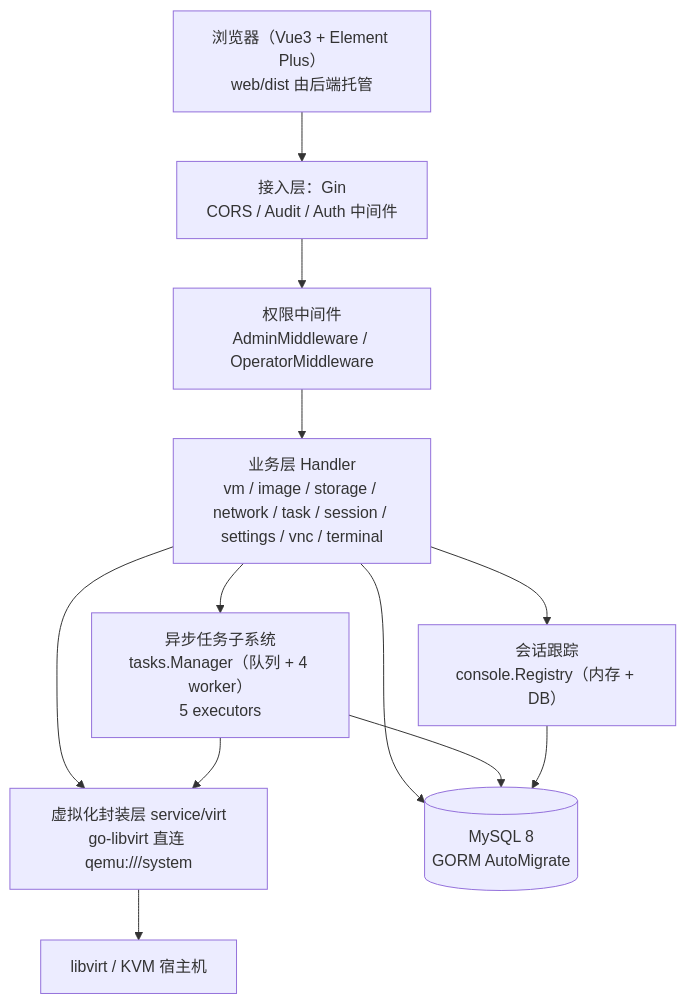
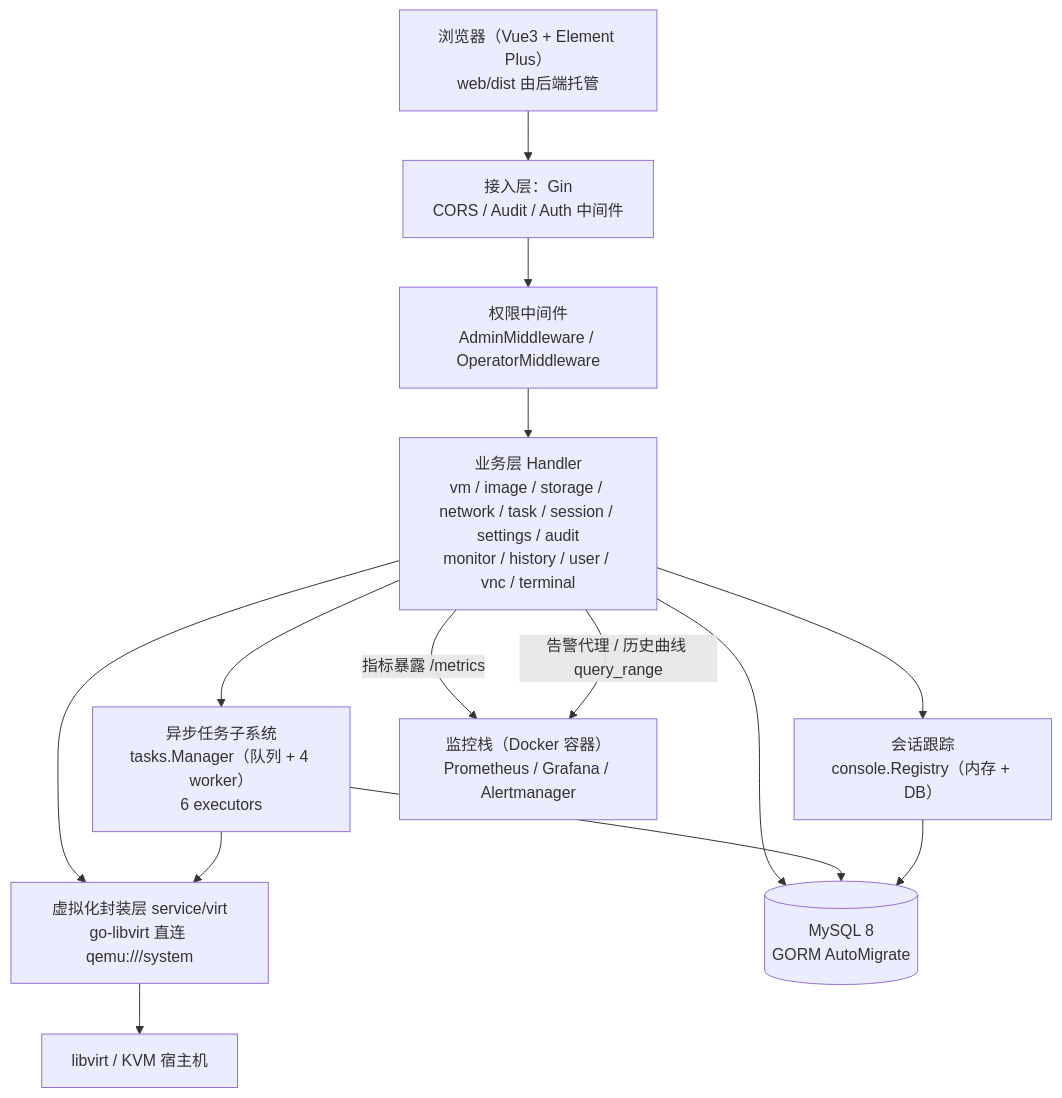
One commit to jiuzhao996/virtkite changed the first of 2 diagrams in docs/03-系统总体设计.md. Above: the diagram before and after it, drawn with Mermaid. The commit also changed other lines of this file and 7 other files, not shown here.

````diff
--- a/docs/03-系统总体设计.md
+++ b/docs/03-系统总体设计.md
@@ -20,22 +20,25 @@
 ```mermaid
 flowchart TB
     Browser["浏览器（Vue3 + Element Plus）<br/>web/dist 由后端托管"]
     Gin["接入层：Gin<br/>CORS / Audit / Auth 中间件"]
     RBAC["权限中间件<br/>AdminMiddleware / OperatorMiddleware"]
-    Handler["业务层 Handler<br/>vm / image / storage / network / task / session / settings / vnc / terminal"]
-    Tasks["异步任务子系统<br/>tasks.Manager（队列 + 4 worker）<br/>5 executors"]
+    Handler["业务层 Handler<br/>vm / image / storage / network / task / session / settings / audit<br/>monitor / history / user / vnc / terminal"]
+    Tasks["异步任务子系统<br/>tasks.Manager（队列 + 4 worker）<br/>6 executors"]
     SessReg["会话跟踪<br/>console.Registry（内存 + DB）"]
     Virt["虚拟化封装层 service/virt<br/>go-libvirt 直连 qemu:///system"]
     DB[("MySQL 8<br/>GORM AutoMigrate")]
     LV["libvirt / KVM 宿主机"]
+    Mon["监控栈（Docker 容器）<br/>Prometheus / Grafana / Alertmanager"]
+    Handler -->|"指标暴露 /metrics"| Mon
+    Handler -->|"告警代理 / 历史曲线 query_range"| Mon
 
     Browser --> Gin --> RBAC --> Handler
     Handler --> Tasks
     Handler --> SessReg
     Handler --> Virt
     Handler --> DB
     Tasks --> Virt
     Tasks --> DB
     SessReg --> DB
     Virt --> LV
 ```
````
